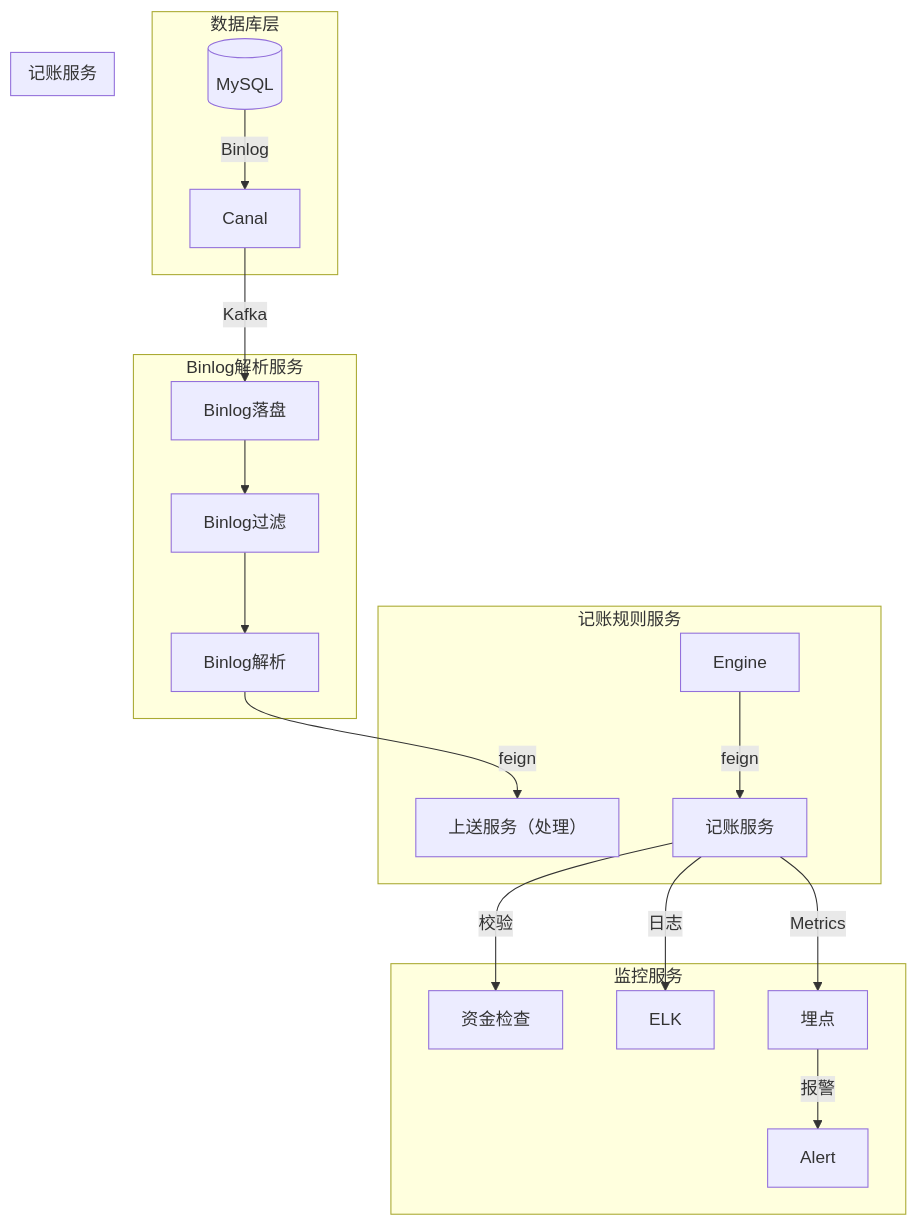
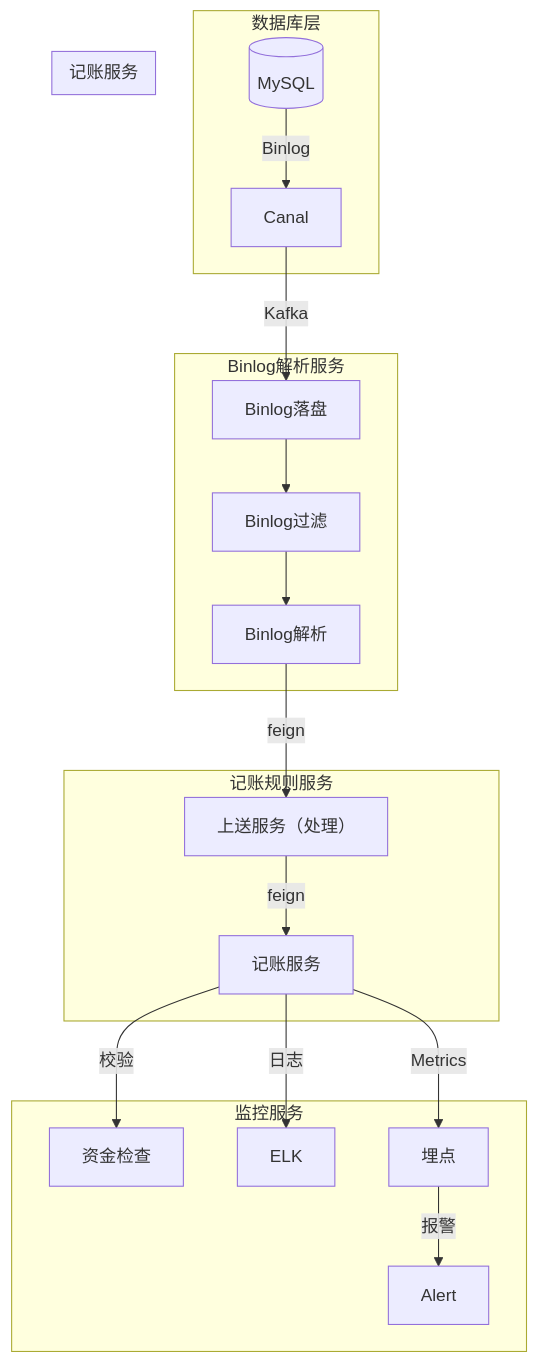
One commit to 87828943/iodraw-files changed the diagram in all/记账架构图.md. Above: the diagram before and after it, drawn with Mermaid.

Commit message:
2025-07-07 14:44:50 update

````diff
--- a/all/记账架构图.md
+++ b/all/记账架构图.md
@@ -1,24 +1,24 @@
 ```mermaid
 graph TB
     subgraph 数据库层
         DB[(MySQL)] -->|Binlog| Canal
     end
     subgraph Binlog解析服务
         Canal -->|Kafka| Binlog[Binlog落盘]
         Binlog --> Binlog1[Binlog过滤]
         Binlog1 --> Binlog2[Binlog解析]
     end
     subgraph 记账规则服务
-        Binlog2 -->|feign| AccountingRu[上送服务（处理）]
-        Engine -->|feign| Accounting[记账服务]
+        Binlog2 -->|feign| AccountingRule[上送服务（处理）]
+        AccountingRule -->|feign| Accounting[记账服务]
     end
     subgraph 记账服务
        
     end
     subgraph 监控服务
         Accounting --> |校验| 资金检查
         Accounting -->|日志| ELK
         Accounting -->|Metrics| 埋点
         埋点 -->|报警| Alert
     end
 ```
````
